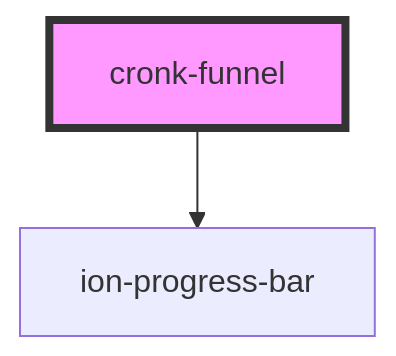
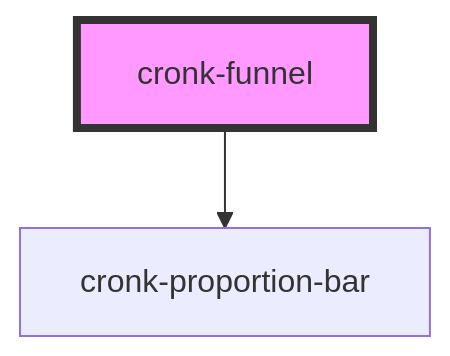
One commit to nanoporetech/cronkite changed the diagram in src/components/cronk-funnel/readme.md. Above: the diagram before and after it, drawn with Mermaid. The commit also changed other lines of this file and 32 other files, not shown here.

````diff
--- a/src/components/cronk-funnel/readme.md
+++ b/src/components/cronk-funnel/readme.md
@@ -22,5 +26,5 @@
 ```mermaid
 graph TD;
-  cronk-funnel --> ion-progress-bar
+  cronk-funnel --> cronk-proportion-bar
   style cronk-funnel fill:#f9f,stroke:#333,stroke-width:4px
 ```
````
